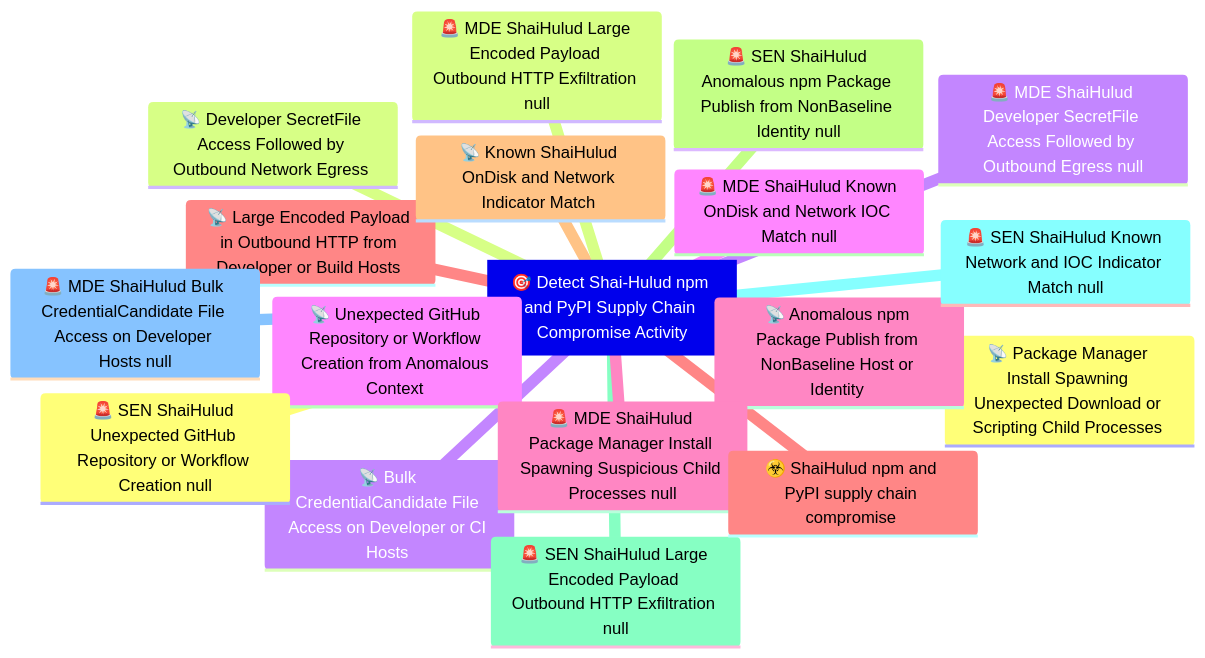
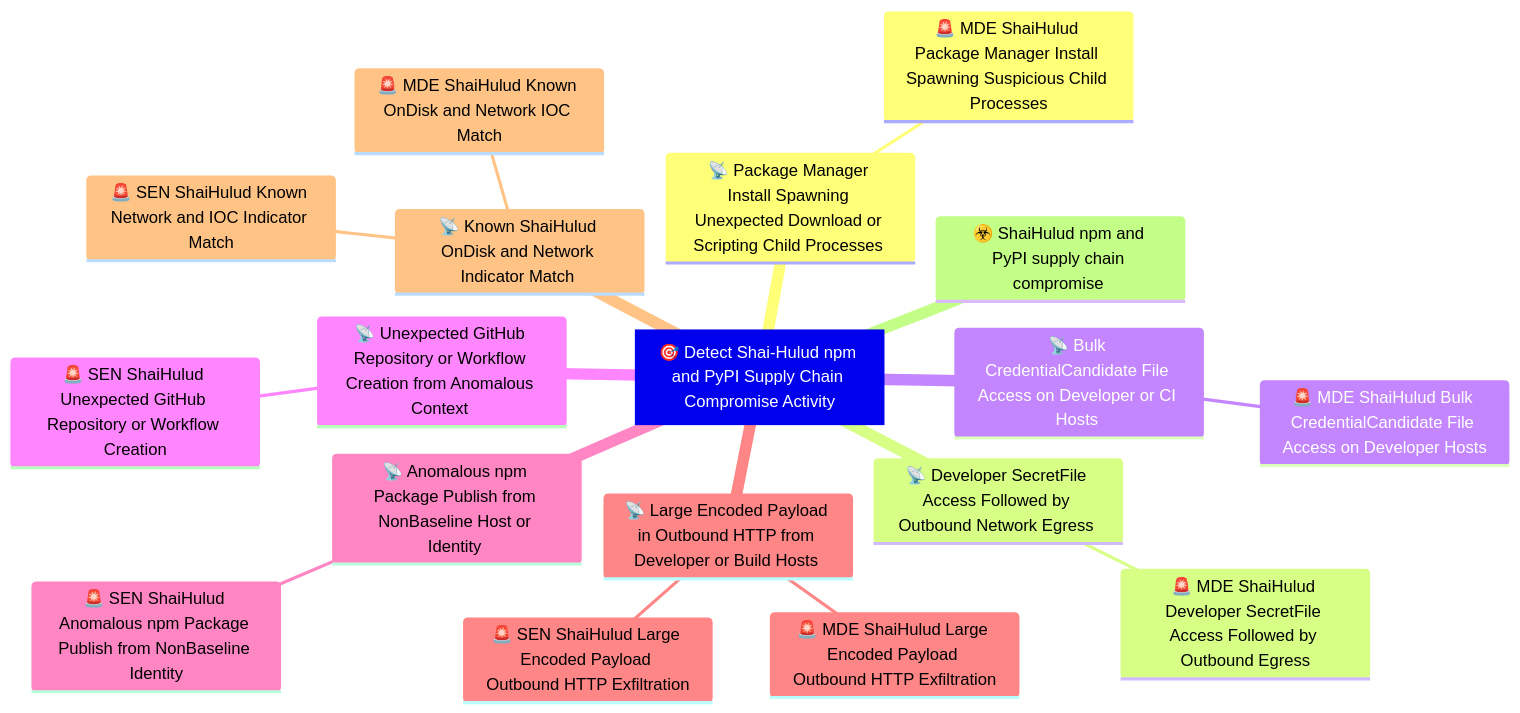
Before and after one commit to OpenTideHQ/WikiTide: the diagram in Models/Detection Objectives/🎯 Detect Shai-Hulud npm and PyPI Supply Chain Compromise Activity.md, drawn with Mermaid. The commit also changed other lines of this file and 23 other files, not shown here.

````diff
--- a/Models/Detection Objectives/🎯 Detect Shai-Hulud npm and PyPI Supply Chain Compromise Activity.md
+++ b/Models/Detection Objectives/🎯 Detect Shai-Hulud npm and PyPI Supply Chain Compromise Activity.md
@@ -77,25 +77,32 @@
 ```mermaid
 
 mindmap
 Root[🎯 Detect Shai-Hulud npm and PyPI Supply Chain Compromise Activity]
     
       📡 Package Manager Install Spawning Unexpected Download or Scripting Child Processes 
+          🚨 MDE ShaiHulud Package Manager Install Spawning Suspicious Child Processes
+    
       📡 Developer SecretFile Access Followed by Outbound Network Egress 
+          🚨 MDE ShaiHulud Developer SecretFile Access Followed by Outbound Egress
+    
       📡 Bulk CredentialCandidate File Access on Developer or CI Hosts 
+          🚨 MDE ShaiHulud Bulk CredentialCandidate File Access on Developer Hosts
+    
       📡 Unexpected GitHub Repository or Workflow Creation from Anomalous Context 
+          🚨 SEN ShaiHulud Unexpected GitHub Repository or Workflow Creation
+    
       📡 Anomalous npm Package Publish from NonBaseline Host or Identity 
+          🚨 SEN ShaiHulud Anomalous npm Package Publish from NonBaseline Identity
+    
       📡 Large Encoded Payload in Outbound HTTP from Developer or Build Hosts 
+          🚨 SEN ShaiHulud Large Encoded Payload Outbound HTTP Exfiltration
+          🚨 MDE ShaiHulud Large Encoded Payload Outbound HTTP Exfiltration
+    
       📡 Known ShaiHulud OnDisk and Network Indicator Match 
-      🚨 SEN ShaiHulud Anomalous npm Package Publish from NonBaseline Identity null
-      🚨 SEN ShaiHulud Large Encoded Payload Outbound HTTP Exfiltration null
-      🚨 SEN ShaiHulud Known Network and IOC Indicator Match null
-      🚨 MDE ShaiHulud Bulk CredentialCandidate File Access on Developer Hosts null
-      🚨 SEN ShaiHulud Unexpected GitHub Repository or Workflow Creation null
-      🚨 MDE ShaiHulud Large Encoded Payload Outbound HTTP Exfiltration null
-      🚨 MDE ShaiHulud Developer SecretFile Access Followed by Outbound Egress null
-      🚨 MDE ShaiHulud Known OnDisk and Network IOC Match null
-      🚨 MDE ShaiHulud Package Manager Install Spawning Suspicious Child Processes null
+          🚨 SEN ShaiHulud Known Network and IOC Indicator Match
+          🚨 MDE ShaiHulud Known OnDisk and Network IOC Match
+    
       ☣️ ShaiHulud npm and PyPI supply chain compromise 
 
 
 ```
````
